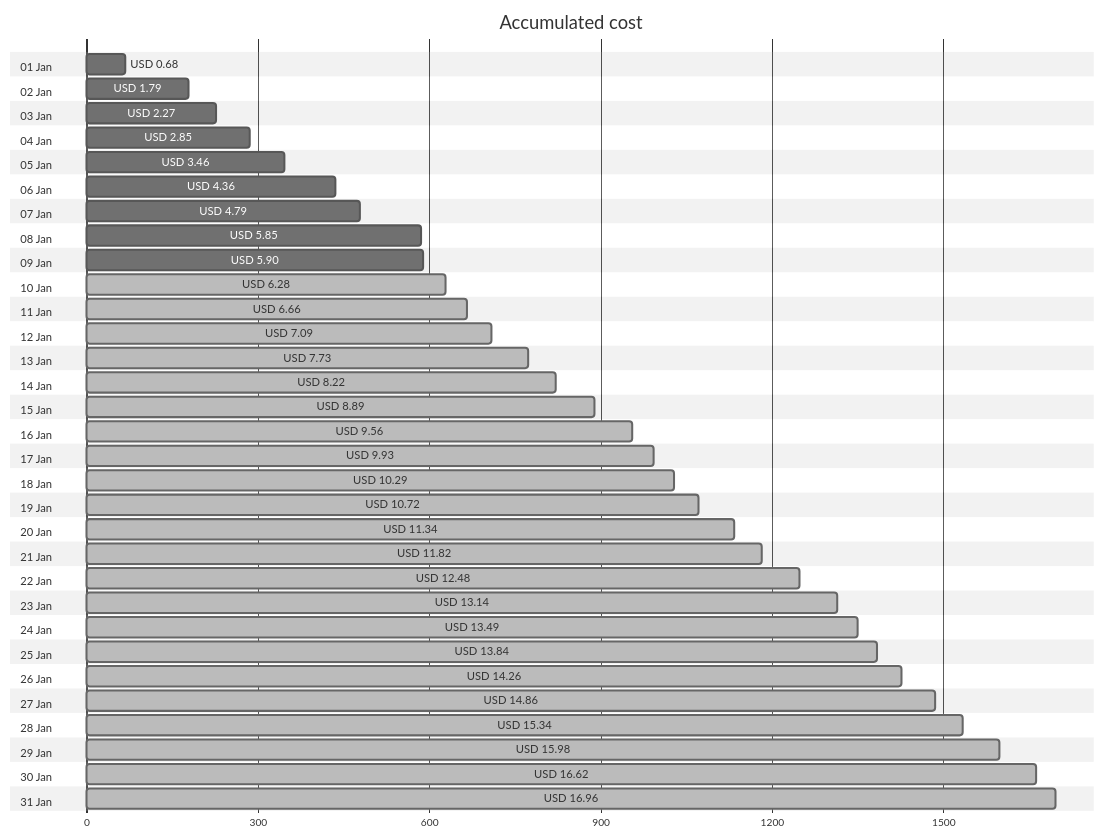
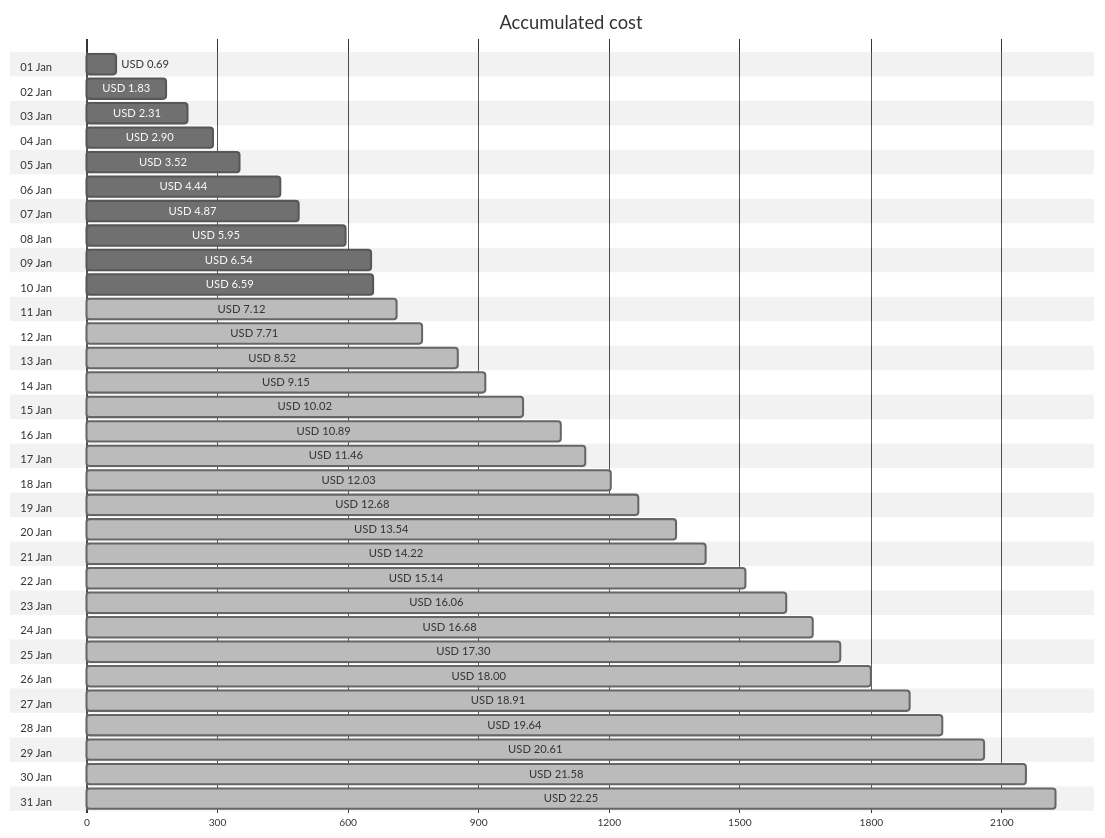
Before and after one commit to jpfulton/azure-personal-reports: the first of 4 diagrams in cost-reports/personal-network/vpn-server.md, drawn with Mermaid (neutral theme). The commit also changed other lines of this file and 8 other files, not shown here.

````diff
--- a/cost-reports/personal-network/vpn-server.md
+++ b/cost-reports/personal-network/vpn-server.md
@@ -20,68 +20,68 @@
 ```mermaid
 gantt
    title Accumulated cost
    dateFormat  X
    axisFormat %s
    section 01 Jan
-   USD 0.68 :0, 68
+   USD 0.69 :0, 69
    section 02 Jan
-   USD 1.79 :0, 179
+   USD 1.83 :0, 183
    section 03 Jan
-   USD 2.27 :0, 227
+   USD 2.31 :0, 231
    section 04 Jan
-   USD 2.85 :0, 285
+   USD 2.90 :0, 290
    section 05 Jan
-   USD 3.46 :0, 346
+   USD 3.52 :0, 352
    section 06 Jan
-   USD 4.36 :0, 436
+   USD 4.44 :0, 444
    section 07 Jan
-   USD 4.79 :0, 479
+   USD 4.87 :0, 487
    section 08 Jan
-   USD 5.85 :0, 585
+   USD 5.95 :0, 595
    section 09 Jan
-   USD 5.90 :0, 590
+   USD 6.54 :0, 654
    section 10 Jan
-   USD 6.28 : done, 0, 628
+   USD 6.59 :0, 659
    section 11 Jan
-   USD 6.66 : done, 0, 666
+   USD 7.12 : done, 0, 712
    section 12 Jan
-   USD 7.09 : done, 0, 709
+   USD 7.71 : done, 0, 771
    section 13 Jan
-   USD 7.73 : done, 0, 773
+   USD 8.52 : done, 0, 852
    section 14 Jan
-   USD 8.22 : done, 0, 822
+   USD 9.15 : done, 0, 915
    section 15 Jan
-   USD 8.89 : done, 0, 889
+   USD 10.02 : done, 0, 1002
    section 16 Jan
-   USD 9.56 : done, 0, 956
+   USD 10.89 : done, 0, 1089
    section 17 Jan
-   USD 9.93 : done, 0, 993
+   USD 11.46 : done, 0, 1146
    section 18 Jan
-   USD 10.29 : done, 0, 1029
+   USD 12.03 : done, 0, 1203
    section 19 Jan
-   USD 10.72 : done, 0, 1072
+   USD 12.68 : done, 0, 1268
    section 20 Jan
-   USD 11.34 : done, 0, 1134
+   USD 13.54 : done, 0, 1354
    section 21 Jan
-   USD 11.82 : done, 0, 1182
+   USD 14.22 : done, 0, 1422
    section 22 Jan
-   USD 12.48 : done, 0, 1248
+   USD 15.14 : done, 0, 1514
    section 23 Jan
-   USD 13.14 : done, 0, 1314
+   USD 16.06 : done, 0, 1606
    section 24 Jan
-   USD 13.49 : done, 0, 1349
+   USD 16.68 : done, 0, 1668
    section 25 Jan
-   USD 13.84 : done, 0, 1384
+   USD 17.30 : done, 0, 1730
    section 26 Jan
-   USD 14.26 : done, 0, 1426
+   USD 18.00 : done, 0, 1800
    section 27 Jan
-   USD 14.86 : done, 0, 1486
+   USD 18.91 : done, 0, 1891
    section 28 Jan
-   USD 15.34 : done, 0, 1534
+   USD 19.64 : done, 0, 1964
    section 29 Jan
-   USD 15.98 : done, 0, 1598
+   USD 20.61 : done, 0, 2061
    section 30 Jan
-   USD 16.62 : done, 0, 1662
+   USD 21.58 : done, 0, 2158
    section 31 Jan
-   USD 16.96 : done, 0, 1696
+   USD 22.25 : done, 0, 2225
 ```
````
